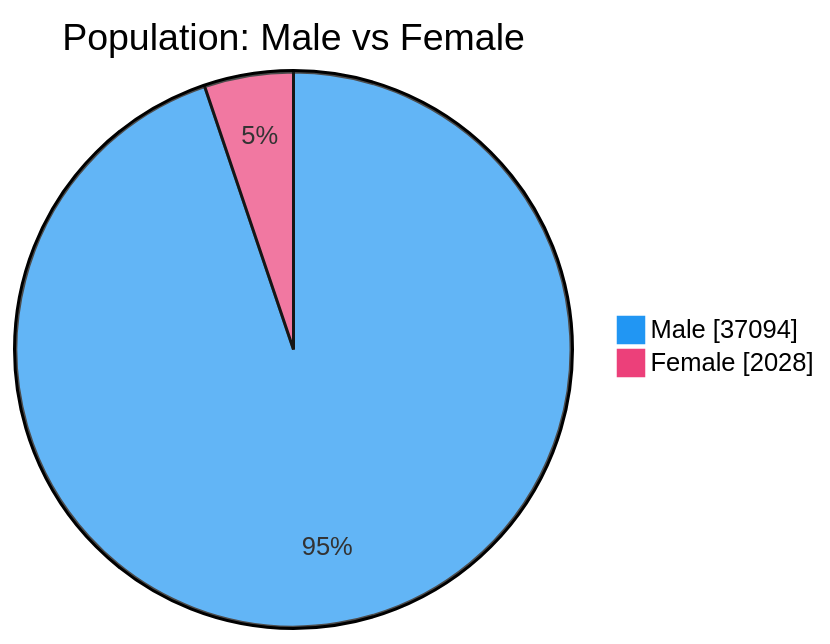
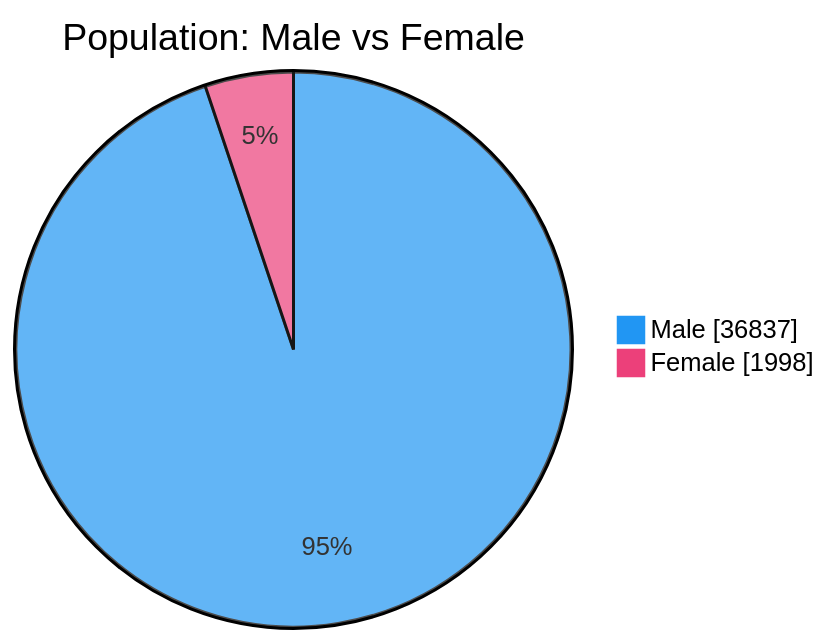
One commit to nuuuwan/lk_prisons changed the second of 7 diagrams in README.md. Above: the diagram before and after it, drawn with Mermaid. The commit also changed other lines of this file and 1 other file, not shown here.

````diff
--- a/README.md
+++ b/README.md
@@ -54,6 +54,6 @@
 ```mermaid
 %%{init: {'themeVariables': {'pie1': '#2196F3', 'pie2': '#EC407A'}}}%%
 pie showData title Population: Male vs Female
-    "Male" : 37094
-    "Female" : 2028
+    "Male" : 36837
+    "Female" : 1998
 ```
````
